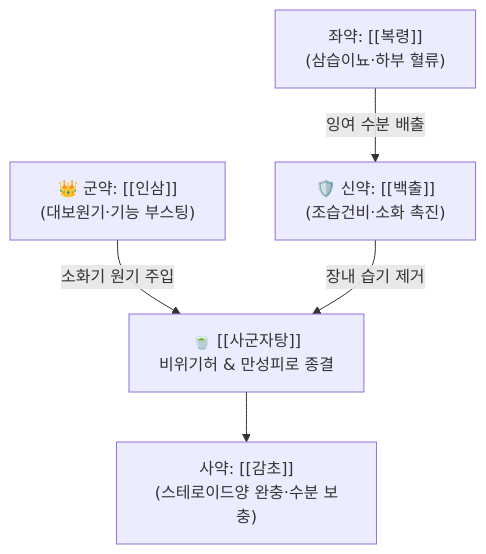
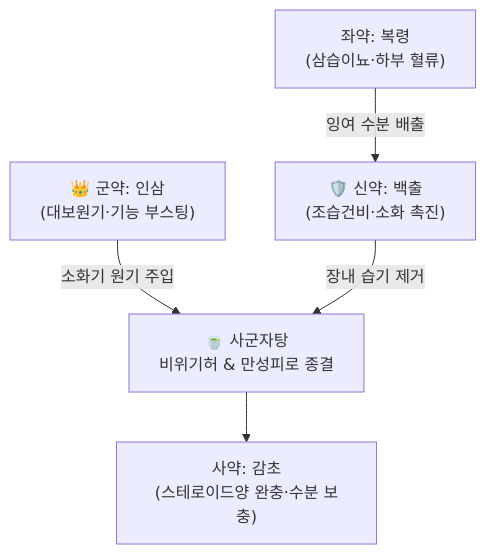
Before and after one commit to simbio11/simbio-digital-garden2: the diagram in content/2. 약리 공부/처방/02_보익제/사군자탕.md, drawn with Mermaid. The commit also changed other lines of this file and 323 other files, not shown here.

````diff
--- a/content/2. 약리 공부/처방/02_보익제/사군자탕.md
+++ b/content/2. 약리 공부/처방/02_보익제/사군자탕.md
@@ -52,7 +54,7 @@
 ```mermaid
 graph TD
-    IS["👑 군약: [[인삼]]<br>(대보원기·기능 부스팅)"] -->|소화기 원기 주입| TOTAL["🍵 [[사군자탕]]<br>비위기허 & 만성피로 종결"]
-    BC["🛡️ 신약: [[백출]]<br>(조습건비·소화 촉진)"] -->|장내 습기 제거| TOTAL
-    BL["좌약: [[복령]]<br>(삼습이뇨·하부 혈류)"] -->|잉여 수분 배출| BC
-    TOTAL --> GC["사약: [[감초]]<br>(스테로이드양 완충·수분 보충)"]
+    IS["👑 군약: 인삼<br>(대보원기·기능 부스팅)"] -->|소화기 원기 주입| TOTAL["🍵 사군자탕<br>비위기허 & 만성피로 종결"]
+    BC["🛡️ 신약: 백출<br>(조습건비·소화 촉진)"] -->|장내 습기 제거| TOTAL
+    BL["좌약: 복령<br>(삼습이뇨·하부 혈류)"] -->|잉여 수분 배출| BC
+    TOTAL --> GC["사약: 감초<br>(스테로이드양 완충·수분 보충)"]
 ```
````
